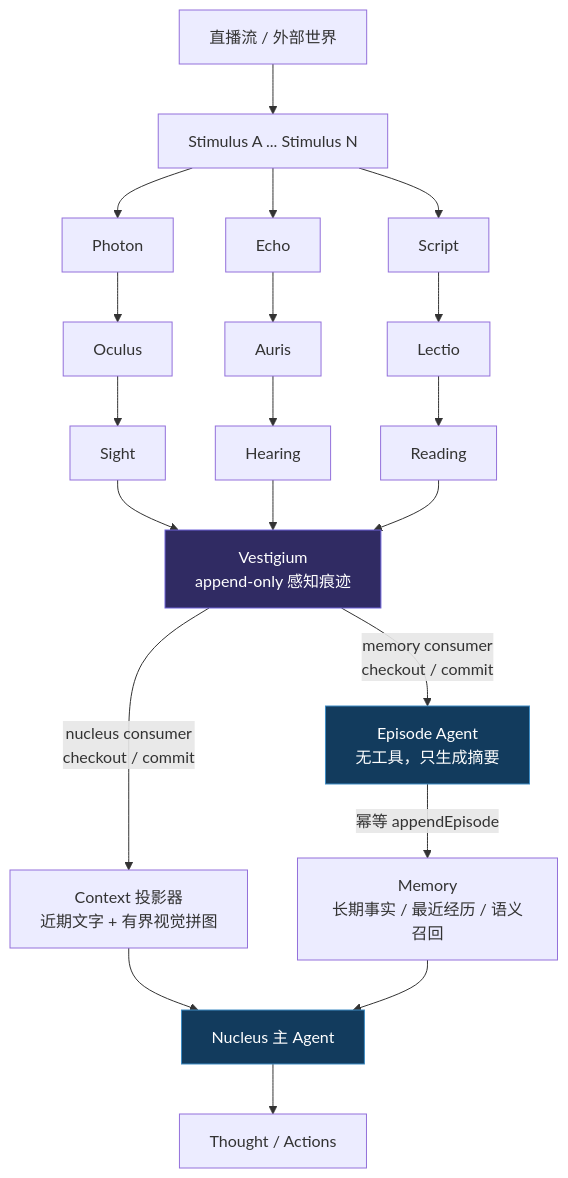
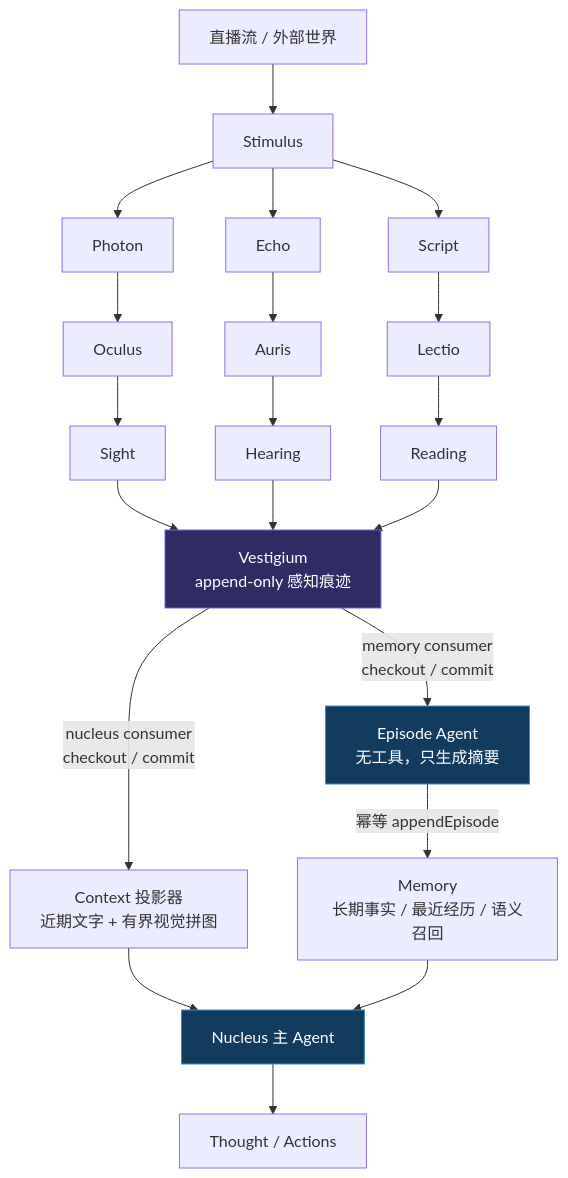
The first of 2 diagrams in README.md (YanChenBai/ciel), drawn with Mermaid before and after one commit. The commit also changed other lines of this file and 5 other files, not shown here.

````diff
--- a/README.md
+++ b/README.md
@@ -62,29 +62,29 @@
 ```mermaid
 flowchart TD
-  World["直播流 / 外部世界"] --> Stimuli["Stimulus A ... Stimulus N"]
+  World["直播流 / 外部世界"] --> Stimulus["Stimulus"]
 
-  Stimuli --> Photon
-  Stimuli --> Echo
-  Stimuli --> Script
+  Stimulus --> Photon
+  Stimulus --> Echo
+  Stimulus --> Script
 
   Photon --> Oculus --> Sight
   Echo --> Auris --> Hearing
   Script --> Lectio --> Reading
 
   Sight --> Vestigium["Vestigium<br/>append-only 感知痕迹"]
   Hearing --> Vestigium
   Reading --> Vestigium
 
   Vestigium -->|"nucleus consumer<br/>checkout / commit"| Projector["Context 投影器<br/>近期文字 + 有界视觉拼图"]
   Projector --> Nucleus["Nucleus 主 Agent"]
   Memory["Memory<br/>长期事实 / 最近经历 / 语义召回"] --> Nucleus
   Nucleus --> Thought["Thought / Actions"]
 
   Vestigium -->|"memory consumer<br/>checkout / commit"| EpisodeAgent["Episode Agent<br/>无工具，只生成摘要"]
   EpisodeAgent -->|"幂等 appendEpisode"| Memory
 
   classDef journal fill:#302b63,color:#fff,stroke:#6f63d9;
   classDef agent fill:#123b5d,color:#fff,stroke:#3e8cc4;
   class Vestigium journal;
   class Nucleus,EpisodeAgent agent;
 ```
````
